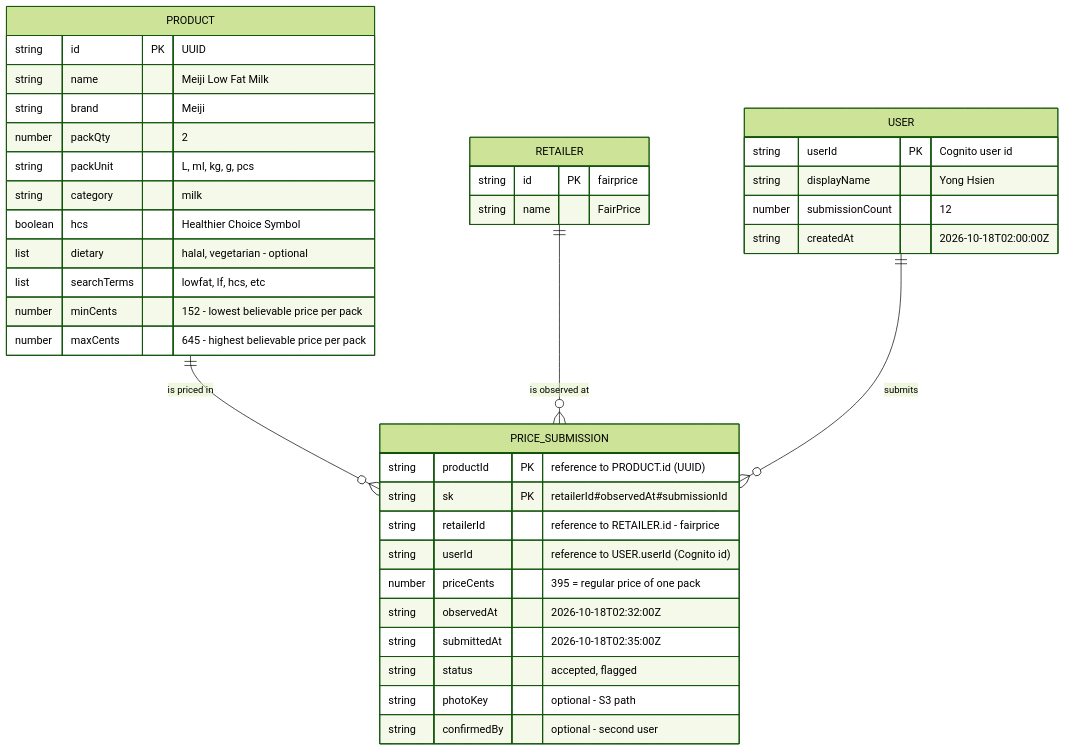
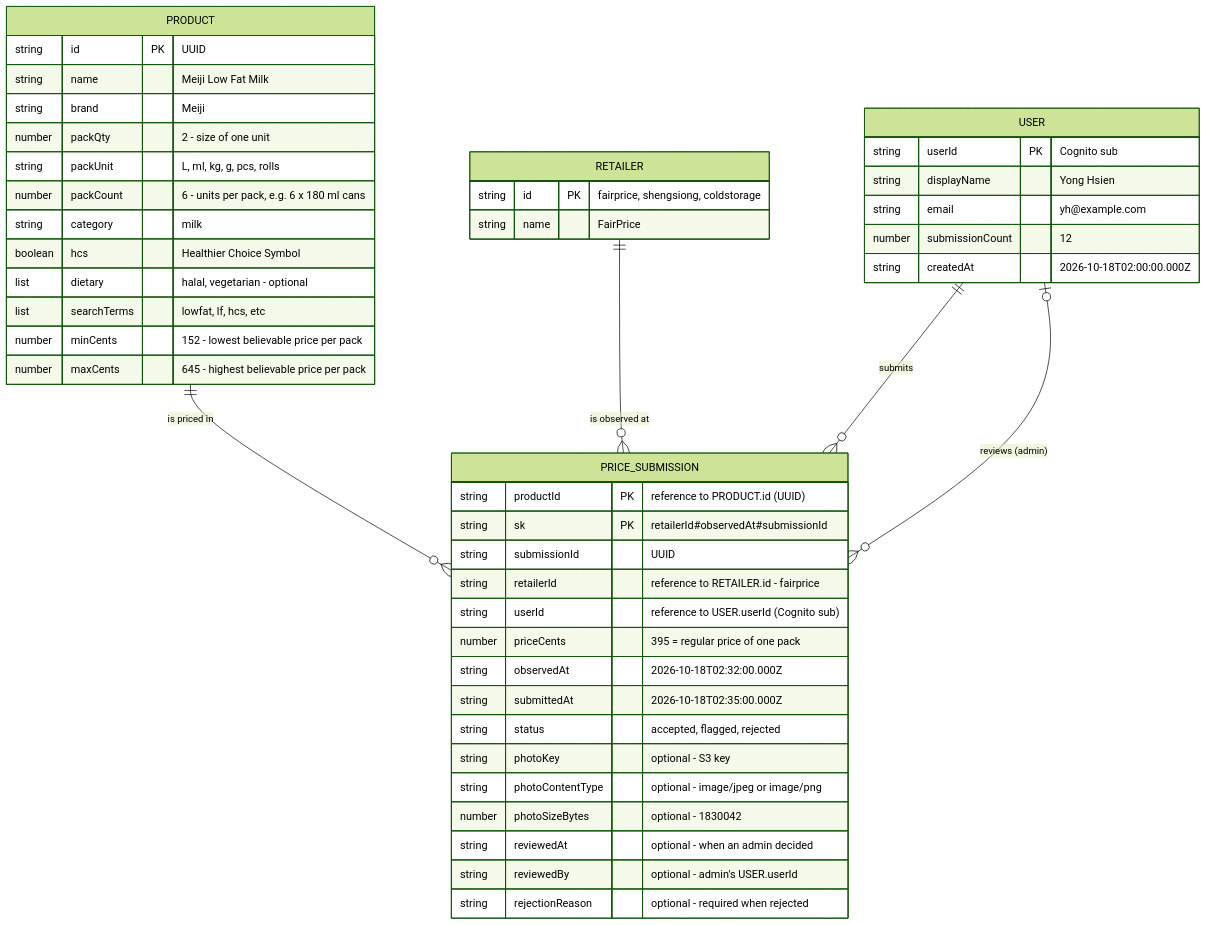
The first of 3 diagrams in docs/architecture/database-design.md (Gareth2-YS/TrolleySaver), drawn with Mermaid (forest theme) before and after one commit. The commit also changed other lines of this file and 42 other files, not shown here.

````diff
--- a/docs/architecture/database-design.md
+++ b/docs/architecture/database-design.md
@@ -7,45 +7,53 @@
 ```mermaid
 erDiagram
     PRODUCT ||--o{ PRICE_SUBMISSION : "is priced in"
     RETAILER ||--o{ PRICE_SUBMISSION : "is observed at"
     USER ||--o{ PRICE_SUBMISSION : "submits"
+    USER |o--o{ PRICE_SUBMISSION : "reviews (admin)"
 
     PRODUCT {
         string id PK "UUID"
         string name "Meiji Low Fat Milk"
         string brand "Meiji"
-        number packQty "2"
-        string packUnit "L, ml, kg, g, pcs"
+        number packQty "2 - size of one unit"
+        string packUnit "L, ml, kg, g, pcs, rolls"
+        number packCount "6 - units per pack, e.g. 6 x 180 ml cans"
         string category "milk"
         boolean hcs "Healthier Choice Symbol"
         list dietary "halal, vegetarian - optional"
         list searchTerms "lowfat, lf, hcs, etc"
         number minCents "152 - lowest believable price per pack"
         number maxCents "645 - highest believable price per pack"
     }
 
     RETAILER {
-        string id PK "fairprice"
+        string id PK "fairprice, shengsiong, coldstorage"
         string name "FairPrice"
     }
 
     PRICE_SUBMISSION {
         string productId PK "reference to PRODUCT.id (UUID)"
         string sk PK "retailerId#observedAt#submissionId"
+        string submissionId "UUID"
         string retailerId "reference to RETAILER.id - fairprice"
-        string userId "reference to USER.userId (Cognito id)"
+        string userId "reference to USER.userId (Cognito sub)"
         number priceCents "395 = regular price of one pack"
-        string observedAt "2026-10-18T02:32:00Z"
-        string submittedAt "2026-10-18T02:35:00Z"
-        string status "accepted, flagged"
-        string photoKey "optional - S3 path"
-        string confirmedBy "optional - second user"
+        string observedAt "2026-10-18T02:32:00.000Z"
+        string submittedAt "2026-10-18T02:35:00.000Z"
+        string status "accepted, flagged, rejected"
+        string photoKey "optional - S3 key"
+        string photoContentType "optional - image/jpeg or image/png"
+        number photoSizeBytes "optional - 1830042"
+        string reviewedAt "optional - when an admin decided"
+        string reviewedBy "optional - admin's USER.userId"
+        string rejectionReason "optional - required when rejected"
     }
 
     USER {
-        string userId PK "Cognito user id"
+        string userId PK "Cognito sub"
         string displayName "Yong Hsien"
+        string email "yh@example.com"
         number submissionCount "12"
-        string createdAt "2026-10-18T02:00:00Z"
+        string createdAt "2026-10-18T02:00:00.000Z"
     }
 ```
````
